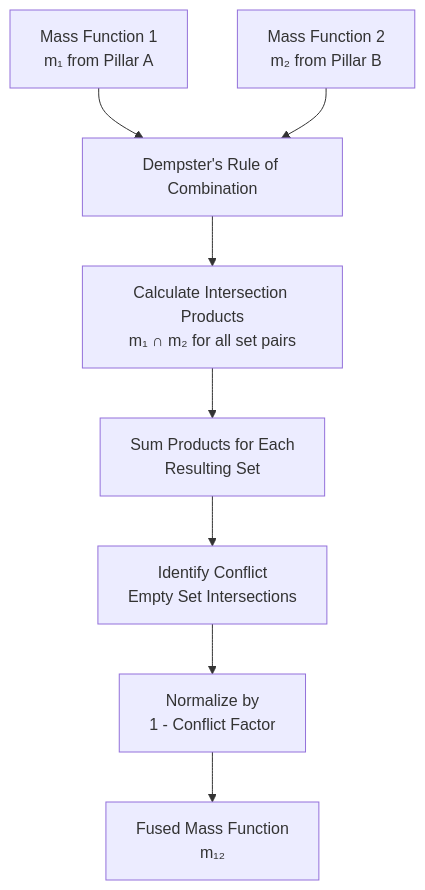
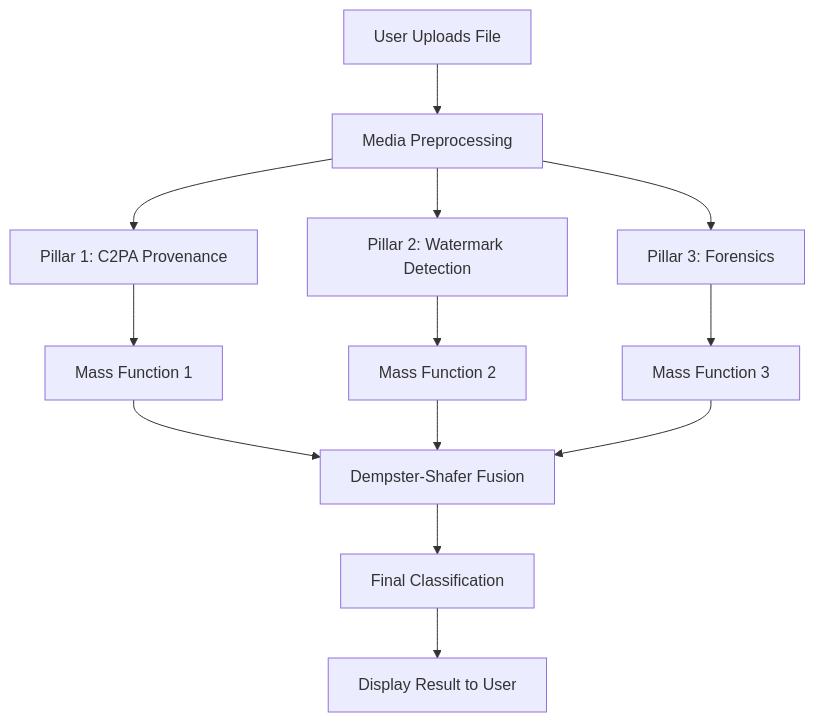
Before and after one commit to Ashking-tech/python-script: the eighth of 9 diagrams in docs/docs.md, drawn with Mermaid. The commit also changed other lines of this file, not shown here.

````diff
--- a/docs/docs.md
+++ b/docs/docs.md
@@ -553,11 +754,15 @@
 ```mermaid
-flowchart TB
-    A[Mass Function 1<br>m₁ from Pillar A] --> D[Dempster's Rule of Combination]
-    B[Mass Function 2<br>m₂ from Pillar B] --> D
-    
-    D --> E[Calculate Intersection Products<br>m₁ ∩ m₂ for all set pairs]
-    E --> F[Sum Products for Each<br>Resulting Set]
-    F --> G[Identify Conflict<br>Empty Set Intersections]
-    G --> H[Normalize by<br>1 - Conflict Factor]
-    H --> I[Fused Mass Function<br>m₁₂]
+flowchart TD
+    A[User Uploads File] --> B[Media Preprocessing]
+    B --> C[Pillar 1: C2PA Provenance]
+    B --> D[Pillar 2: Watermark Detection]
+    B --> E[Pillar 3: Forensics]
+    C --> F[Mass Function 1]
+    D --> G[Mass Function 2]
+    E --> H[Mass Function 3]
+    F --> I[Dempster-Shafer Fusion]
+    G --> I
+    H --> I
+    I --> J[Final Classification]
+    J --> K[Display Result to User]
 ```
````
